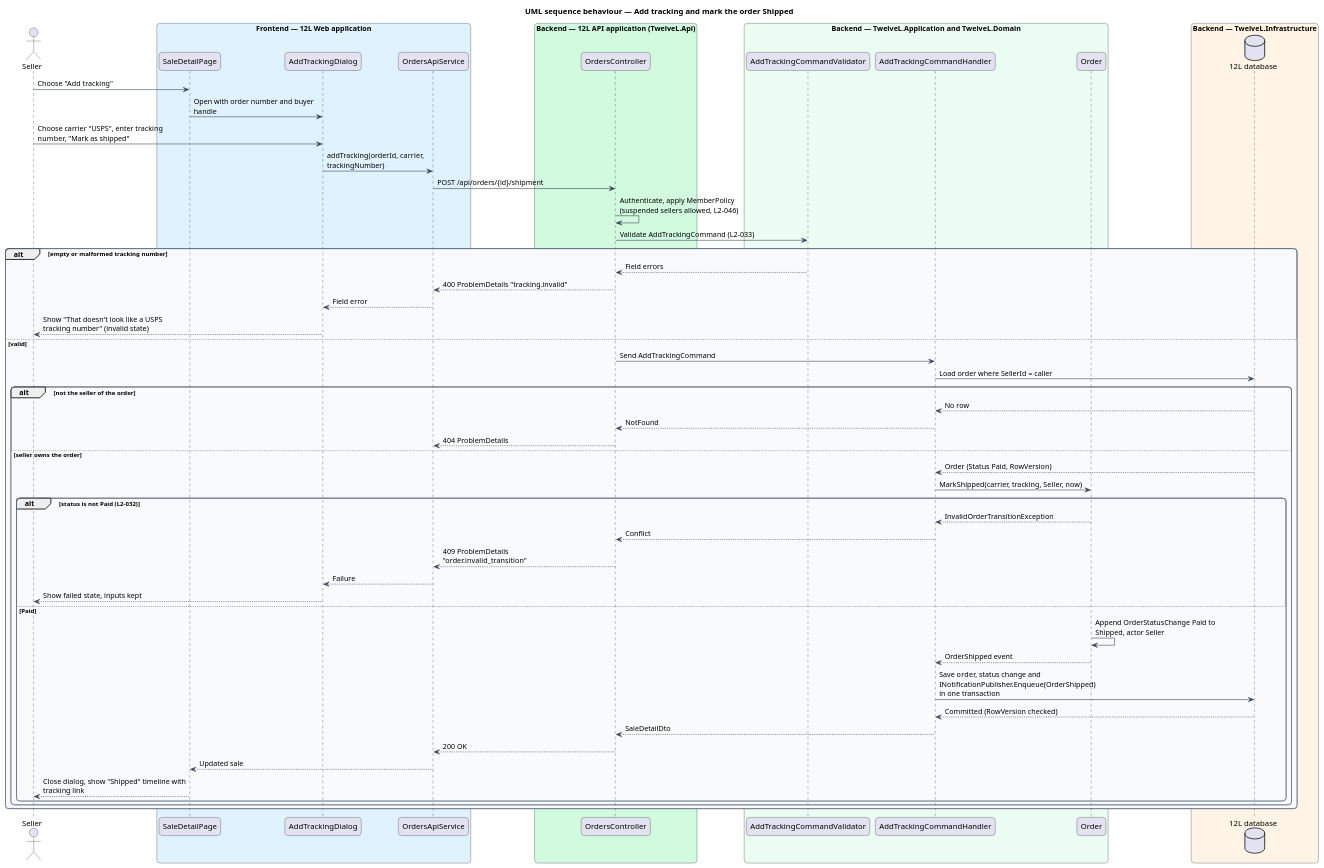
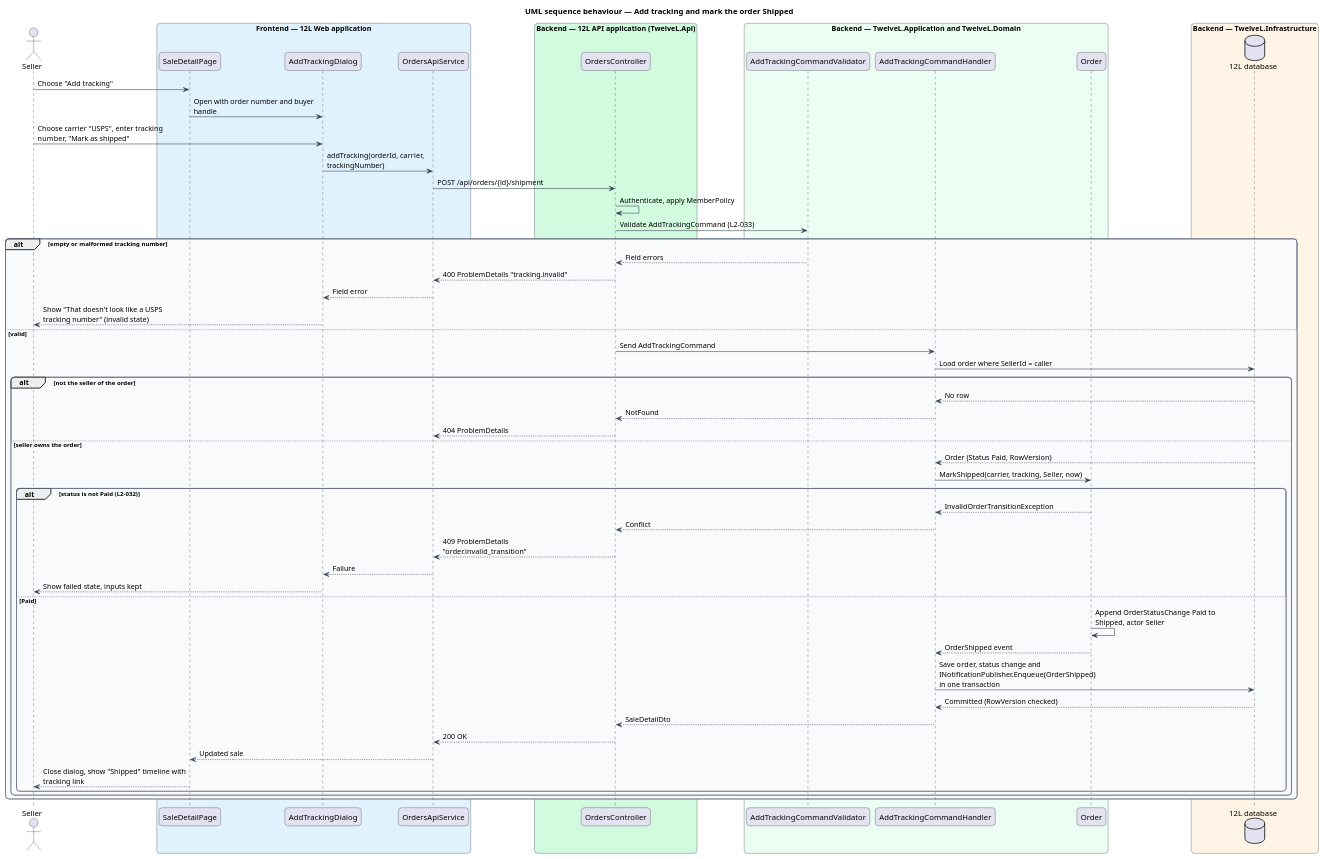
One commit to QuinntyneBrown/12l changed the diagram in docs/detailed-designs/orders/ship-order/diagrams/sequence-add-tracking.puml. Above: the diagram before and after it, drawn with PlantUML. The commit also changed 379 other files, not shown here.

```diff
--- a/docs/detailed-designs/orders/ship-order/diagrams/sequence-add-tracking.puml
+++ b/docs/detailed-designs/orders/ship-order/diagrams/sequence-add-tracking.puml
@@ -1,76 +1,76 @@
 @startuml
 title UML sequence behaviour — Add tracking and mark the order Shipped
 skinparam backgroundColor #FFFFFF
 skinparam shadowing false
 skinparam roundcorner 12
 skinparam defaultFontName Arial
 skinparam ArrowColor #344054
 skinparam rectangle {
   BorderColor #344054
   FontColor #101828
 }
 skinparam package {
   BorderColor #667085
   FontColor #101828
   BackgroundColor #F9FAFB
 }
 skinparam sequenceMessageAlign left
 skinparam maxMessageSize 260
 actor "Seller" as actor
 box "Frontend — 12L Web application" #E0F2FE
   participant "SaleDetailPage" as page
   participant "AddTrackingDialog" as dlg
   participant "OrdersApiService" as client
 end box
 box "Backend — 12L API application (TwelveL.Api)" #D1FADF
   participant "OrdersController" as ctrl
 end box
 box "Backend — TwelveL.Application and TwelveL.Domain" #ECFDF3
   participant "AddTrackingCommandValidator" as val
   participant "AddTrackingCommandHandler" as h
   participant "Order" as order
 end box
 box "Backend — TwelveL.Infrastructure" #FFF4E5
   database "12L database" as db
 end box
 actor -> page : Choose "Add tracking"
 page -> dlg : Open with order number and buyer handle
 actor -> dlg : Choose carrier "USPS", enter tracking number, "Mark as shipped"
 dlg -> client : addTracking(orderId, carrier, trackingNumber)
 client -> ctrl : POST /api/orders/{id}/shipment
-ctrl -> ctrl : Authenticate, apply MemberPolicy (suspended sellers allowed, L2-046)
+ctrl -> ctrl : Authenticate, apply MemberPolicy
 ctrl -> val : Validate AddTrackingCommand (L2-033)
 alt empty or malformed tracking number
   val --> ctrl : Field errors
   ctrl --> client : 400 ProblemDetails "tracking.invalid"
   client --> dlg : Field error
   dlg --> actor : Show "That doesn't look like a USPS tracking number" (invalid state)
 else valid
   ctrl -> h : Send AddTrackingCommand
   h -> db : Load order where SellerId = caller
   alt not the seller of the order
     db --> h : No row
     h --> ctrl : NotFound
     ctrl --> client : 404 ProblemDetails
   else seller owns the order
     db --> h : Order (Status Paid, RowVersion)
     h -> order : MarkShipped(carrier, tracking, Seller, now)
     alt status is not Paid (L2-032)
       order --> h : InvalidOrderTransitionException
       h --> ctrl : Conflict
       ctrl --> client : 409 ProblemDetails "order.invalid_transition"
       client --> dlg : Failure
       dlg --> actor : Show failed state, inputs kept
     else Paid
       order -> order : Append OrderStatusChange Paid to Shipped, actor Seller
       order --> h : OrderShipped event
       h -> db : Save order, status change and INotificationPublisher.Enqueue(OrderShipped) in one transaction
       db --> h : Committed (RowVersion checked)
       h --> ctrl : SaleDetailDto
       ctrl --> client : 200 OK
       client --> page : Updated sale
       page --> actor : Close dialog, show "Shipped" timeline with tracking link
     end
   end
 end
 @enduml
```
